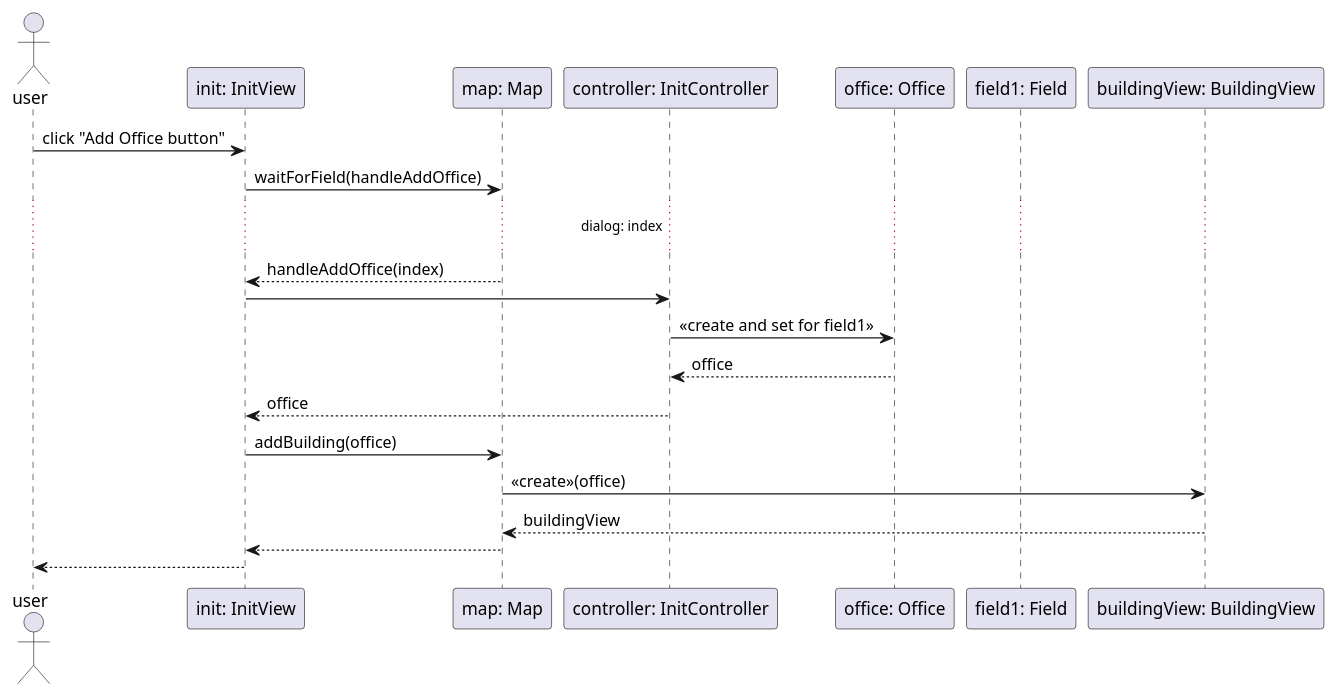
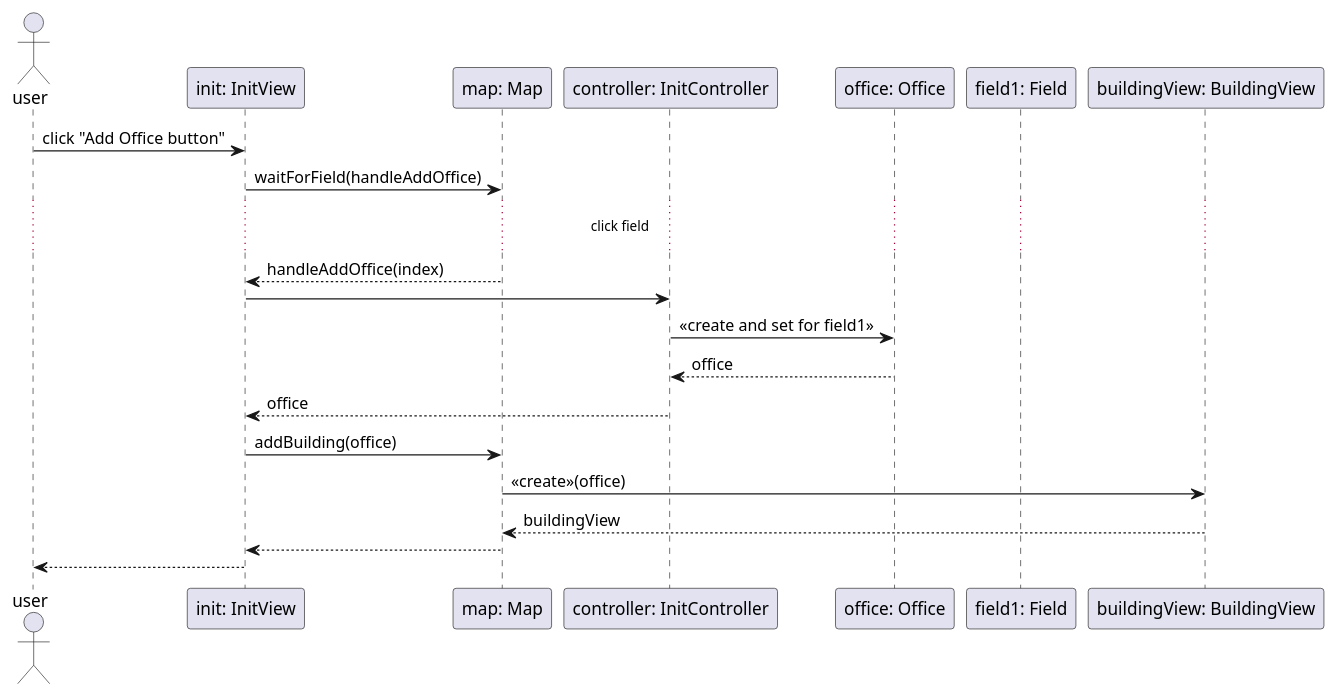
Before and after one commit to uhrinandor/spring: the diagram in docs/graphics/sequence/addOffice.plantuml, drawn with PlantUML. The commit also changed 6 other files, not shown here.

```diff
--- a/docs/graphics/sequence/addOffice.plantuml
+++ b/docs/graphics/sequence/addOffice.plantuml
@@ -1,28 +1,28 @@
 @startuml
 
 actor "user" as user
 participant "init: InitView" as init
 participant "map: Map" as map
 participant "controller: InitController" as controller
 participant "office: Office" as 1
 participant "field1: Field" as field1
 participant "buildingView: BuildingView" as buildingView
 
 user -> init: click "Add Office button"
 init -> map: waitForField(handleAddOffice)
-   ... dialog: index...
+   ... click field ...
 map --> init: handleAddOffice(index)
 
 init -> controller:
 controller -> 1: <<create and set for field1>>
 1 --> controller: office
 
 controller --> init: office
 
 init -> map: addBuilding(office)
 map -> buildingView: <<create>>(office)
 buildingView --> map: buildingView
 map --> init:
 init --> user:
 
 @enduml
```
